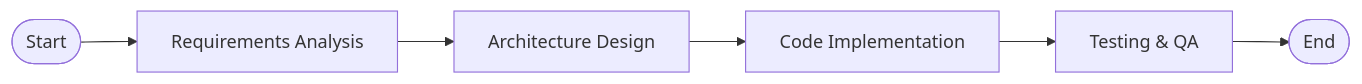
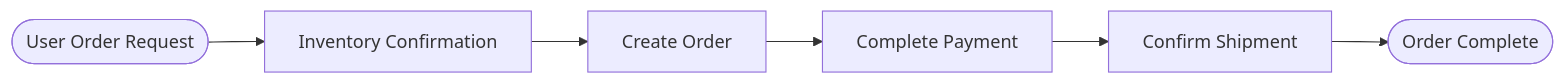
The first of 2 diagrams in docs/en/adavance-guide/pipeline.md (TBice123123/langchain-dev-utils), drawn with Mermaid before and after one commit. The commit also changed other lines of this file and 11 other files, not shown here.

````diff
--- a/docs/en/adavance-guide/pipeline.md
+++ b/docs/en/adavance-guide/pipeline.md
@@ -129,11 +24,11 @@
 ```mermaid
 graph LR
-    Start([Start])
-    Req[Requirements Analysis]
-    Arch[Architecture Design]
-    Code[Code Implementation]
-    Test[Testing & QA]
-    End([End])
+    Start([User Order Request])
+    Inv[Inventory Confirmation]
+    Ord[Create Order]
+    Pay[Complete Payment]
+    Del[Confirm Shipment]
+    End([Order Complete])
 
-    Start --> Req --> Arch --> Code --> Test --> End
+    Start --> Inv --> Ord --> Pay --> Del --> End
 ```
````
